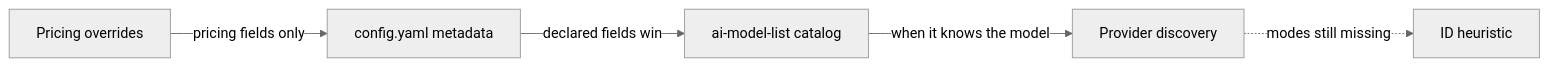
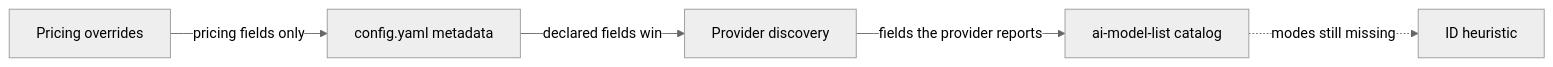
Before and after one commit to ENTERPILOT/GoModel: the diagram in docs/advanced/model-metadata.mdx, drawn with Mermaid (neutral theme). The commit also changed other lines of this file and 8 other files, not shown here.

First line of the commit message:
fix(modeldata): merge catalog metadata under provider-reported metadata

````diff
--- a/docs/advanced/model-metadata.mdx
+++ b/docs/advanced/model-metadata.mdx
@@ -13,7 +13,7 @@
 ```mermaid
 flowchart LR
     A[Pricing overrides] -->|pricing fields only| B[config.yaml metadata]
-    B -->|declared fields win| C[ai-model-list catalog]
-    C -->|when it knows the model| D[Provider discovery]
+    B -->|declared fields win| C[Provider discovery]
+    C -->|fields the provider reports| D[ai-model-list catalog]
     D -.->|modes still missing| E[ID heuristic]
 ```
````
